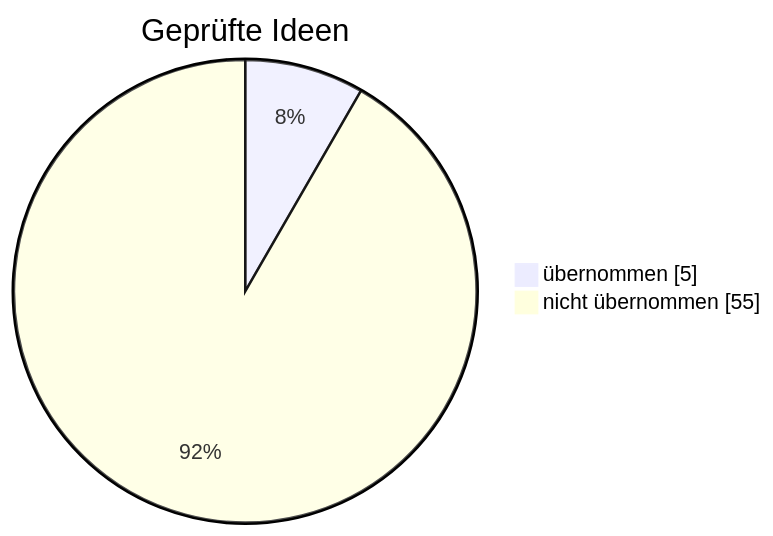
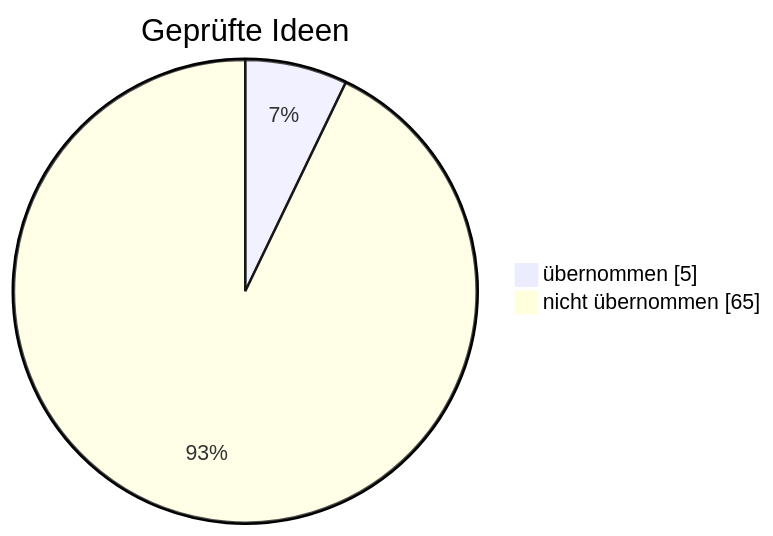
One commit to sickingmalte-arch/Test-Bot changed the diagram in gehirn/Notizen/Was der Bot schon weiß.md. Above: the diagram before and after it, drawn with Mermaid. The commit also changed other lines of this file and 51 other files, not shown here.

````diff
--- a/gehirn/Notizen/Was der Bot schon weiß.md
+++ b/gehirn/Notizen/Was der Bot schon weiß.md
@@ -22,6 +22,6 @@
 ```mermaid
 pie showData
     title Geprüfte Ideen
     "übernommen" : 5
-    "nicht übernommen" : 55
+    "nicht übernommen" : 65
 ```
````
